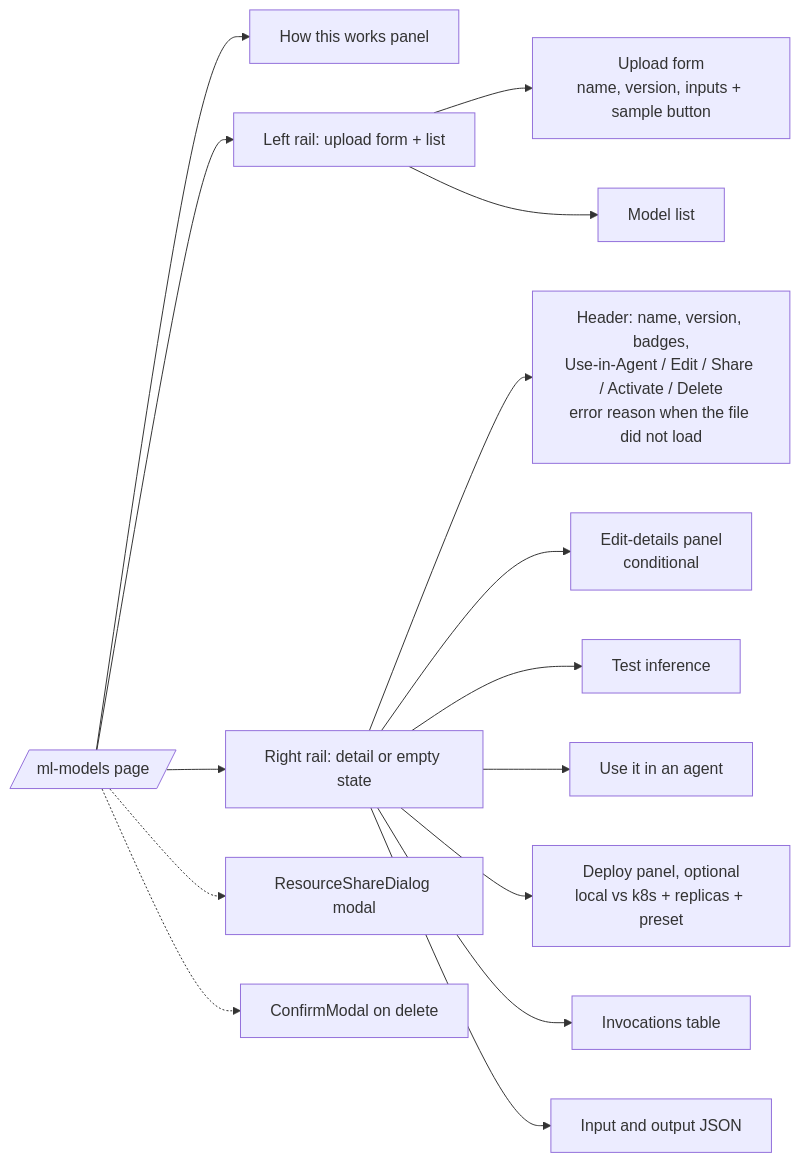
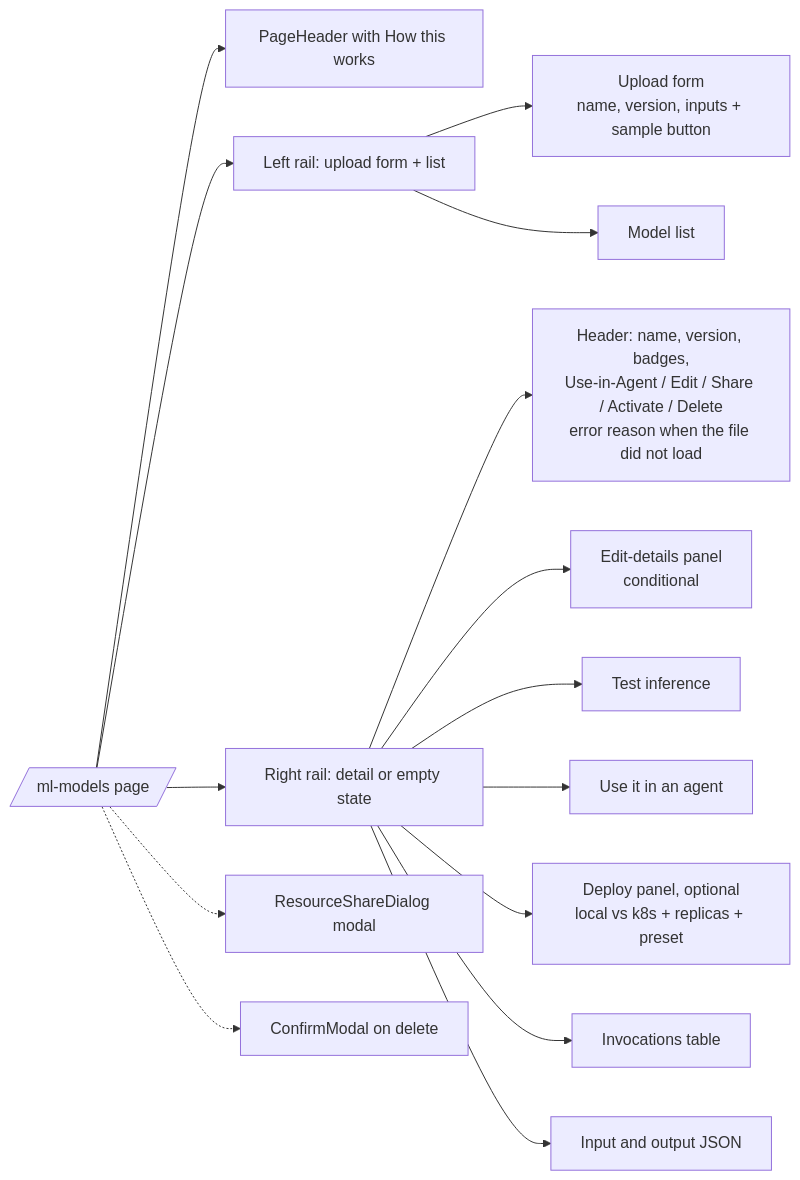
Before and after one commit to sarkar4777/abenix: the diagram in docs/05-ui/03-page-catalogue.md, drawn with Mermaid. The commit also changed other lines of this file and 461 other files, not shown here.

````diff
--- a/docs/05-ui/03-page-catalogue.md
+++ b/docs/05-ui/03-page-catalogue.md
@@ -260,20 +278,20 @@
 ```mermaid
 flowchart LR
-  P[/ml-models page/] --> HW[How this works panel]
+  P[/ml-models page/] --> HW[PageHeader with How this works]
   P --> L[Left rail: upload form + list]
   P --> R[Right rail: detail or empty state]
 
   L --> U[Upload form<br/>name, version, inputs + sample button]
   L --> Li[Model list]
 
   R --> H[Header: name, version, badges,<br/>Use-in-Agent / Edit / Share / Activate / Delete<br/>error reason when the file did not load]
   R --> E[Edit-details panel<br/>conditional]
   R --> T[Test inference]
   R --> UA[Use it in an agent]
   R --> D[Deploy panel, optional<br/>local vs k8s + replicas + preset]
   R --> I[Invocations table]
   R --> S[Input and output JSON]
 
   P -.-> Sh[ResourceShareDialog modal]
   P -.-> C[ConfirmModal on delete]
 ```
````
